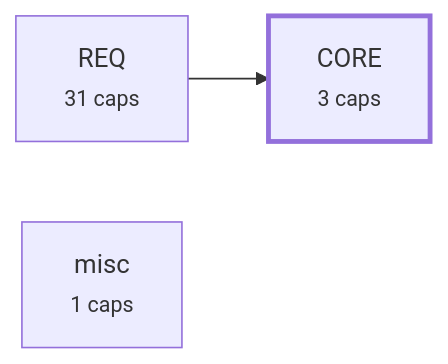
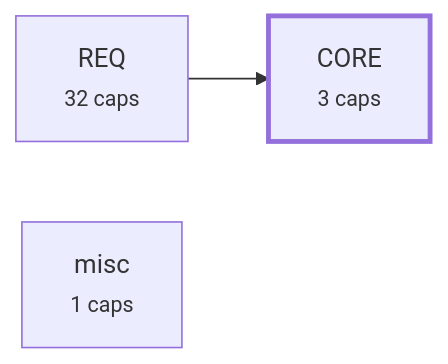
Before and after one commit to alxmax/Requirement-manager: the third of 4 diagrams in plugin/requirements/_map.md, drawn with Mermaid. The commit also changed other lines of this file and 6 other files, not shown here.

````diff
--- a/plugin/requirements/_map.md
+++ b/plugin/requirements/_map.md
@@ -269,8 +275,8 @@
 ```mermaid
 graph LR
   a_CORE["CORE<br><small>3 caps</small>"]
-  a_REQ["REQ<br><small>31 caps</small>"]
+  a_REQ["REQ<br><small>32 caps</small>"]
   a_misc["misc<br><small>1 caps</small>"]
   a_REQ --> a_CORE
   style a_CORE stroke-width:3px
 ```
````
